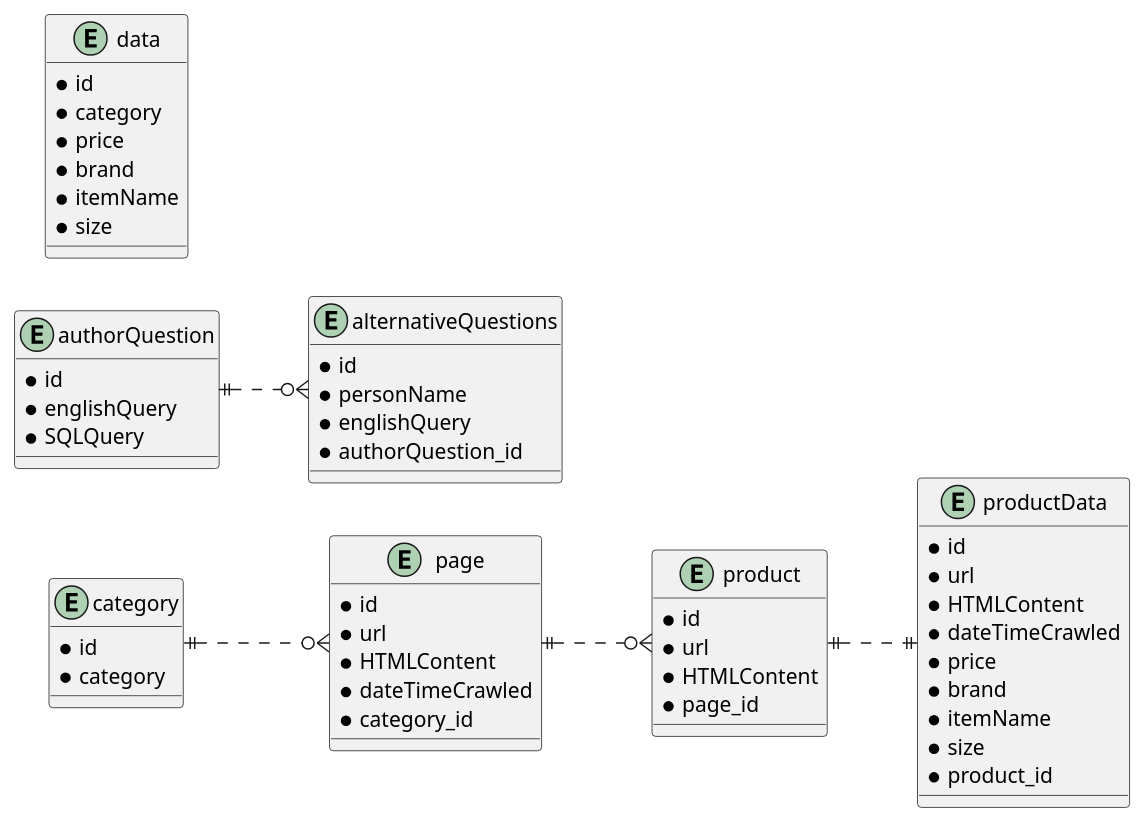
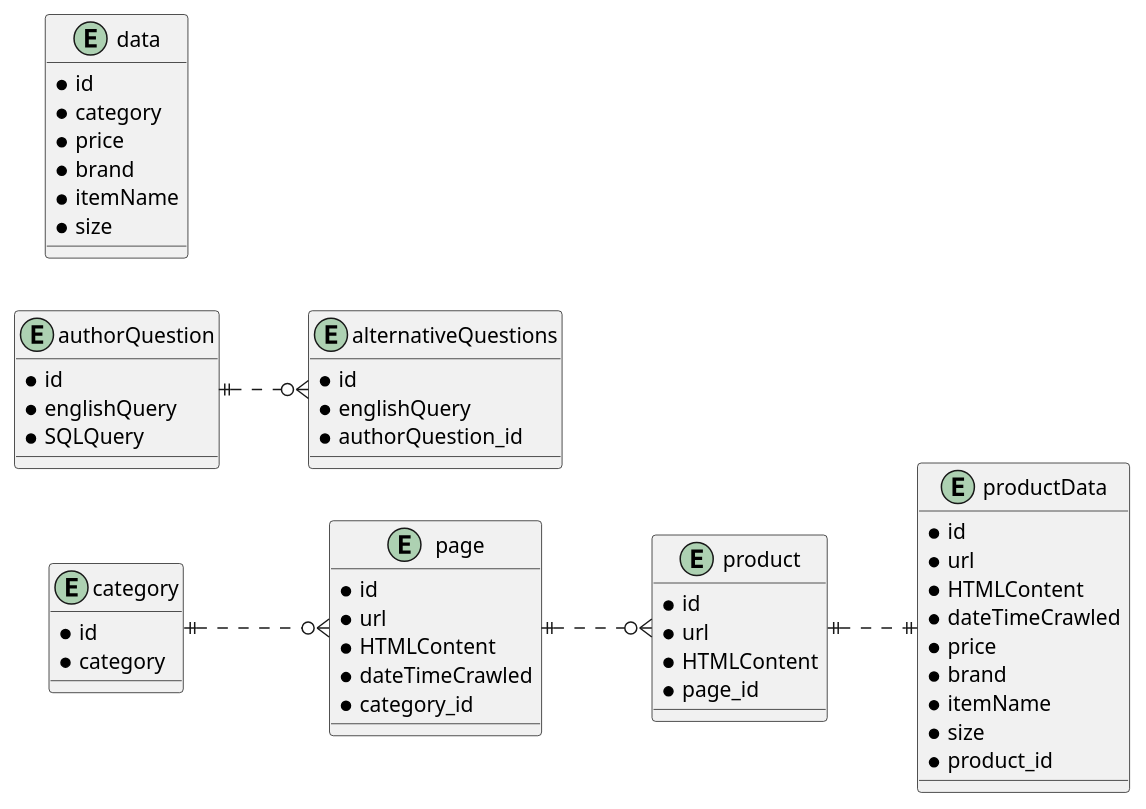
One commit to zayd62/final-year-project changed the diagram in Rmarkdown Report/figures/plantuml/dataset-ERD.puml. Above: the diagram before and after it, drawn with PlantUML. The commit also changed 12 other files, not shown here.

```diff
--- a/Rmarkdown Report/figures/plantuml/dataset-ERD.puml
+++ b/Rmarkdown Report/figures/plantuml/dataset-ERD.puml
@@ -1,66 +1,65 @@
 @startuml
 
 left to right direction
 skinparam shadowing false
 
 entity category {
     *id
     *category
 } 
 
 entity page {
     *id
     *url
     *HTMLContent
     *dateTimeCrawled
     *category_id
 }
 
 entity product {
     *id
     *url
     *HTMLContent
     *page_id
 }
 
 entity productData {
     *id
     *url
     *HTMLContent
     *dateTimeCrawled
     *price
     *brand
     *itemName
     *size
     *product_id
 }
 
 
 entity authorQuestion {
     *id
     *englishQuery
     *SQLQuery
 }
 
 entity alternativeQuestions {
     *id
-    *personName
     *englishQuery
     *authorQuestion_id
 }
 
 authorQuestion ||..o{ alternativeQuestions
 
 category ||..o{ page
 page ||..o{ product
 product ||..||productData
 
 entity data {
     *id
     *category
     *price
     *brand
     *itemName
     *size
 }
 @enduml
```
